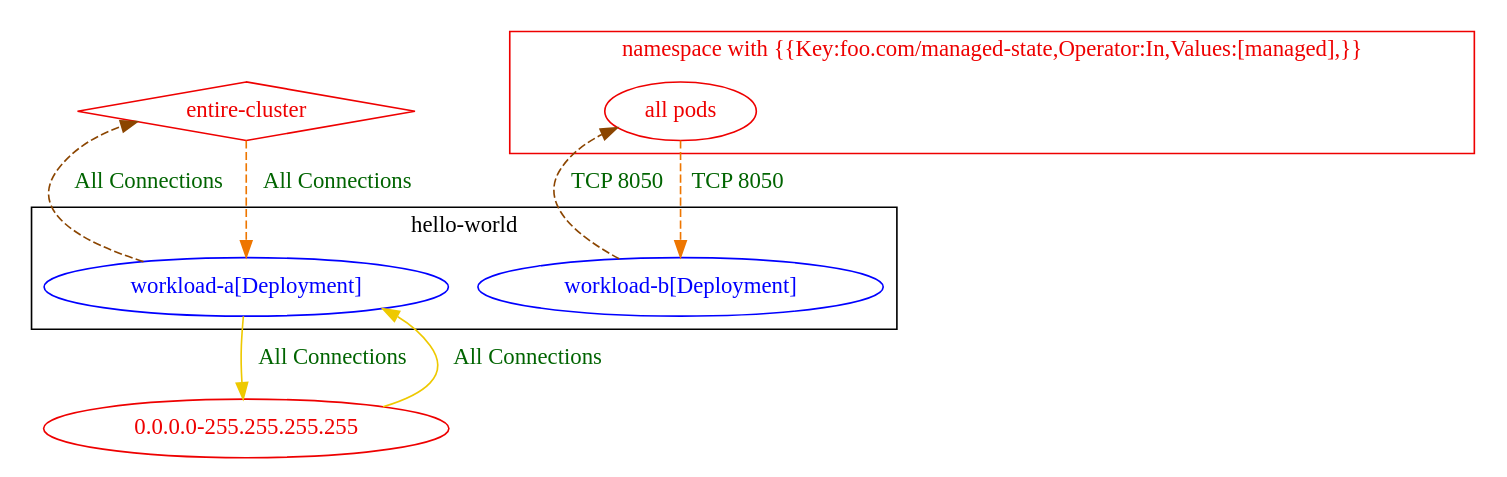
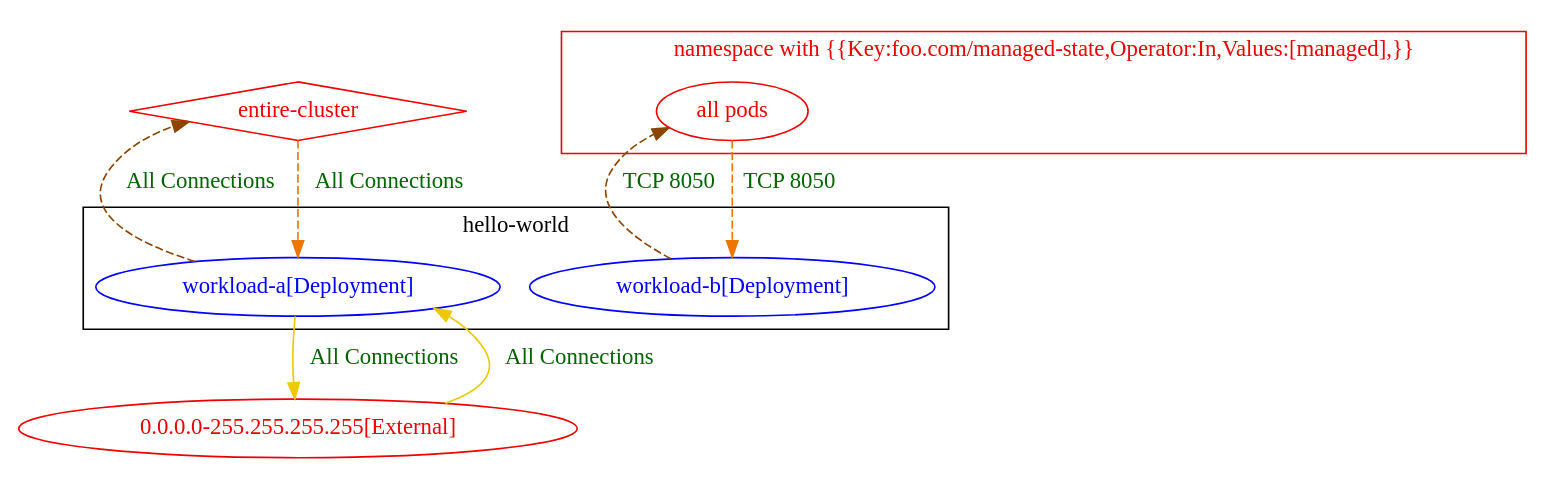
Before and after one commit to np-guard/netpol-analyzer: the diagram in test_outputs/connlist/exposure_test_pod_exposed_only_to_representative_peers_exposure_output.dot, drawn with Graphviz. The commit also changed 1013 other files, not shown here.

Commit message:
add label [External] to IPBlock string representation

```diff
--- a/test_outputs/connlist/exposure_test_pod_exposed_only_to_representative_peers_exposure_output.dot
+++ b/test_outputs/connlist/exposure_test_pod_exposed_only_to_representative_peers_exposure_output.dot
@@ -1,23 +1,23 @@
 digraph {
 	subgraph "cluster_hello_world" {
 		color="black"
 		fontcolor="black"
 		"hello-world/workload-a[Deployment]" [label="workload-a[Deployment]" color="blue" fontcolor="blue"]
 		"hello-world/workload-b[Deployment]" [label="workload-b[Deployment]" color="blue" fontcolor="blue"]
 		label="hello-world"
 	}
 	subgraph "cluster_namespace with {{Key:foo.com/managed_state,Operator:In,Values:[managed],}}" {
 		color="red2"
 		fontcolor="red2"
 		"all pods_in_namespace with {{Key:foo.com/managed-state,Operator:In,Values:[managed],}}" [label="all pods" color="red2" fontcolor="red2"]
 		label="namespace with {{Key:foo.com/managed-state,Operator:In,Values:[managed],}}"
 	}
-	"0.0.0.0-255.255.255.255" [label="0.0.0.0-255.255.255.255" color="red2" fontcolor="red2"]
+	"0.0.0.0-255.255.255.255[External]" [label="0.0.0.0-255.255.255.255[External]" color="red2" fontcolor="red2"]
 	"entire-cluster" [label="entire-cluster" color="red2" fontcolor="red2" shape=diamond]
-	"0.0.0.0-255.255.255.255" -> "hello-world/workload-a[Deployment]" [label="All Connections" color="gold2" fontcolor="darkgreen" weight=0.5]
+	"0.0.0.0-255.255.255.255[External]" -> "hello-world/workload-a[Deployment]" [label="All Connections" color="gold2" fontcolor="darkgreen" weight=0.5]
 	"all pods_in_namespace with {{Key:foo.com/managed-state,Operator:In,Values:[managed],}}" -> "hello-world/workload-b[Deployment]" [label="TCP 8050" color="darkorange2" fontcolor="darkgreen" weight=1 style=dashed]
 	"entire-cluster" -> "hello-world/workload-a[Deployment]" [label="All Connections" color="darkorange2" fontcolor="darkgreen" weight=1 style=dashed]
-	"hello-world/workload-a[Deployment]" -> "0.0.0.0-255.255.255.255" [label="All Connections" color="gold2" fontcolor="darkgreen" weight=1]
+	"hello-world/workload-a[Deployment]" -> "0.0.0.0-255.255.255.255[External]" [label="All Connections" color="gold2" fontcolor="darkgreen" weight=1]
 	"hello-world/workload-a[Deployment]" -> "entire-cluster" [label="All Connections" color="darkorange4" fontcolor="darkgreen" weight=0.5 style=dashed]
 	"hello-world/workload-b[Deployment]" -> "all pods_in_namespace with {{Key:foo.com/managed-state,Operator:In,Values:[managed],}}" [label="TCP 8050" color="darkorange4" fontcolor="darkgreen" weight=0.5 style=dashed]
 }
```
